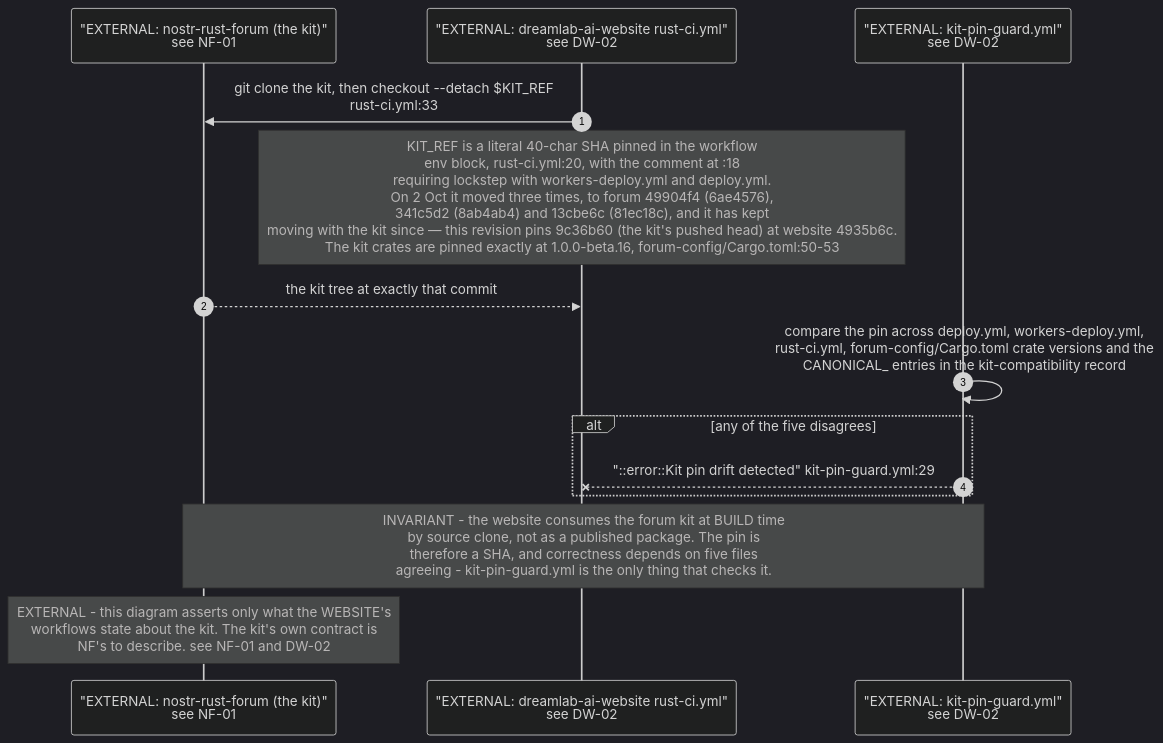
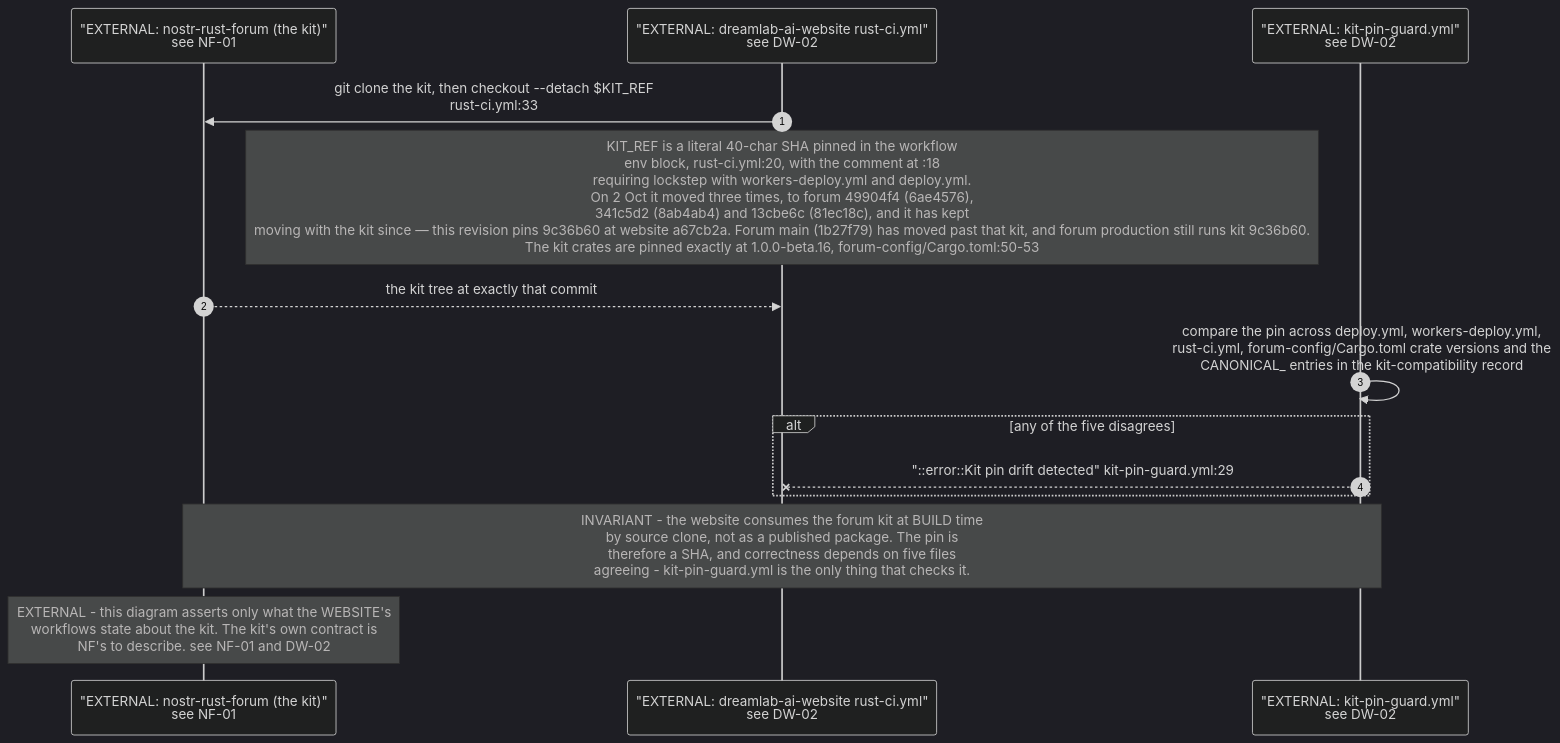
One commit to DreamLab-AI/VisionFlow changed the fourth of 5 diagrams in docs/diagrams/estate/11-publishing-axis.md. Above: the diagram before and after it, drawn with Mermaid (dark theme). The commit also changed other lines of this file and 151 other files, not shown here.

````diff
--- a/docs/diagrams/estate/11-publishing-axis.md
+++ b/docs/diagrams/estate/11-publishing-axis.md
@@ -121,17 +121,17 @@
 ```mermaid
 sequenceDiagram
     autonumber
     participant NF as "EXTERNAL: nostr-rust-forum (the kit)"<br/>see NF-01
     participant CI as "EXTERNAL: dreamlab-ai-website rust-ci.yml"<br/>see DW-02
     participant GUARD as "EXTERNAL: kit-pin-guard.yml"<br/>see DW-02
 
     CI->>NF: git clone the kit, then checkout --detach $KIT_REF<br/>rust-ci.yml:33
-    Note over CI: KIT_REF is a literal 40-char SHA pinned in the workflow<br/>env block, rust-ci.yml:20, with the comment at :18<br/>requiring lockstep with workers-deploy.yml and deploy.yml.<br/>On 2 Oct it moved three times, to forum 49904f4 (6ae4576),<br/>341c5d2 (8ab4ab4) and 13cbe6c (81ec18c), and it has kept<br/>moving with the kit since — this revision pins 9c36b60 (the kit's pushed head) at website 4935b6c.<br/>The kit crates are pinned exactly at 1.0.0-beta.16, forum-config/Cargo.toml:50-53
+    Note over CI: KIT_REF is a literal 40-char SHA pinned in the workflow<br/>env block, rust-ci.yml:20, with the comment at :18<br/>requiring lockstep with workers-deploy.yml and deploy.yml.<br/>On 2 Oct it moved three times, to forum 49904f4 (6ae4576),<br/>341c5d2 (8ab4ab4) and 13cbe6c (81ec18c), and it has kept<br/>moving with the kit since — this revision pins 9c36b60 at website a67cb2a. Forum main (1b27f79) has moved past that kit, and forum production still runs kit 9c36b60.<br/>The kit crates are pinned exactly at 1.0.0-beta.16, forum-config/Cargo.toml:50-53
     NF-->>CI: the kit tree at exactly that commit
     GUARD->>GUARD: compare the pin across deploy.yml, workers-deploy.yml,<br/>rust-ci.yml, forum-config/Cargo.toml crate versions and the<br/>CANONICAL_ entries in the kit-compatibility record
     alt any of the five disagrees
         GUARD--xCI: "::error::Kit pin drift detected" kit-pin-guard.yml:29
     end
     Note over NF,GUARD: INVARIANT - the website consumes the forum kit at BUILD time<br/>by source clone, not as a published package. The pin is<br/>therefore a SHA, and correctness depends on five files<br/>agreeing - kit-pin-guard.yml is the only thing that checks it.
     Note over NF: EXTERNAL - this diagram asserts only what the WEBSITE's<br/>workflows state about the kit. The kit's own contract is<br/>NF's to describe. see NF-01 and DW-02
 ```
````
